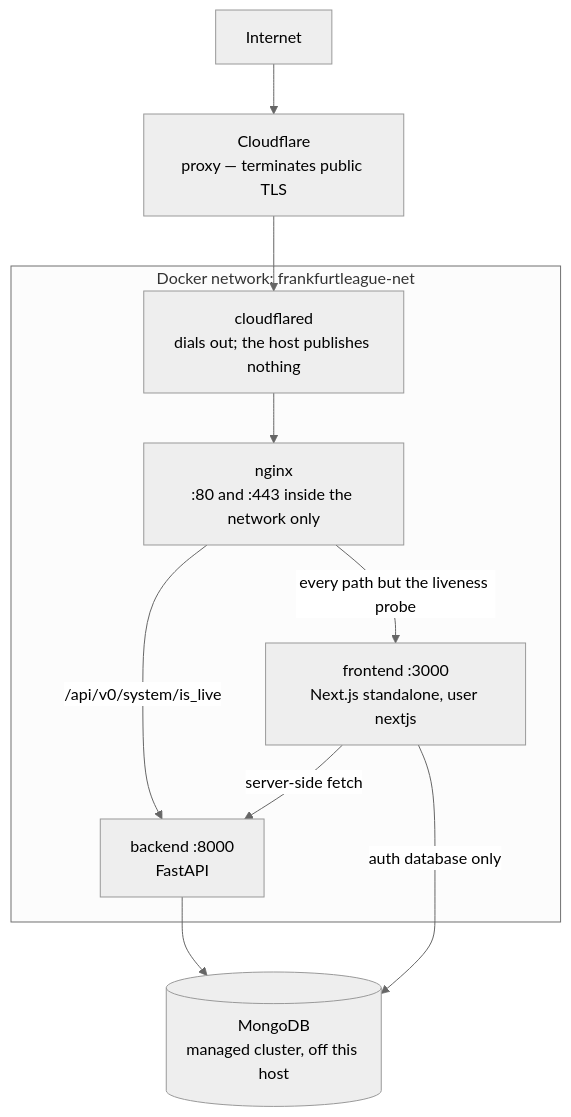
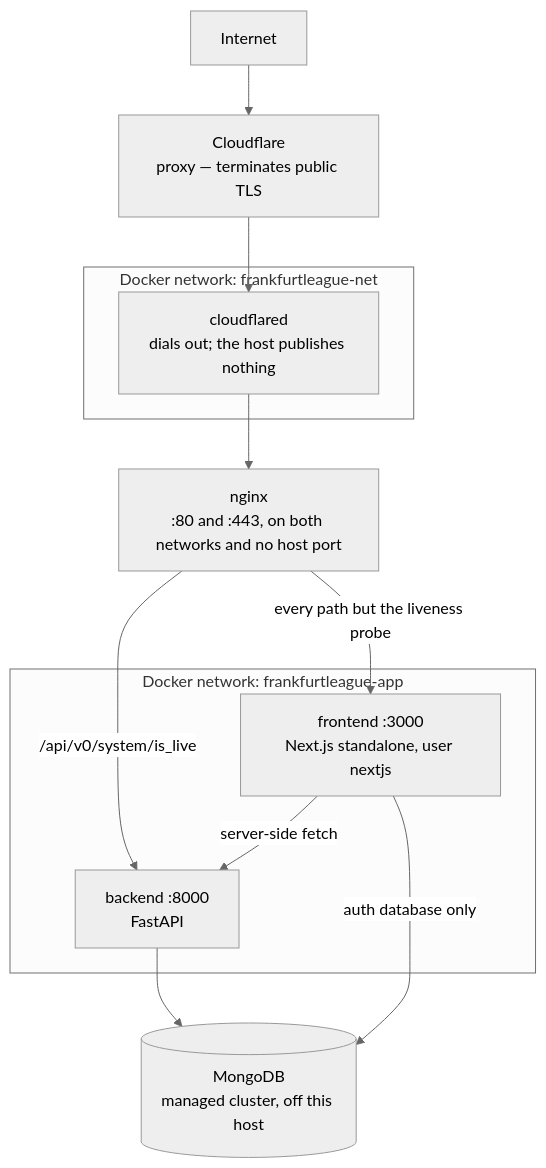
One commit to felzab/frankfurtleague changed the diagram in docs/ops/overview.md. Above: the diagram before and after it, drawn with Mermaid (neutral theme). The commit also changed other lines of this file and 6 other files, not shown here.

````diff
--- a/docs/ops/overview.md
+++ b/docs/ops/overview.md
@@ -11,23 +11,27 @@
 ```mermaid
 graph TB
     internet["Internet"]
     cf["Cloudflare<br/>proxy — terminates public TLS"]
 
-    subgraph net["Docker network: frankfurtleague-net"]
+    subgraph edgenet["Docker network: frankfurtleague-net"]
         connector["cloudflared<br/>dials out; the host publishes nothing"]
-        nginx["nginx<br/>:80 and :443 inside the network only"]
+    end
+
+    nginx["nginx<br/>:80 and :443, on both networks and no host port"]
+
+    subgraph appnet["Docker network: frankfurtleague-app"]
         fe["frontend :3000<br/>Next.js standalone, user nextjs"]
         be["backend :8000<br/>FastAPI"]
     end
 
     mongo[("MongoDB<br/>managed cluster, off this host")]
 
     internet --> cf
     cf --> connector
     connector --> nginx
     nginx -->|"/api/v0/system/is_live"| be
     nginx -->|"every path but the liveness probe"| fe
     fe -->|"server-side fetch"| be
     fe -->|"auth database only"| mongo
     be --> mongo
 ```
````
